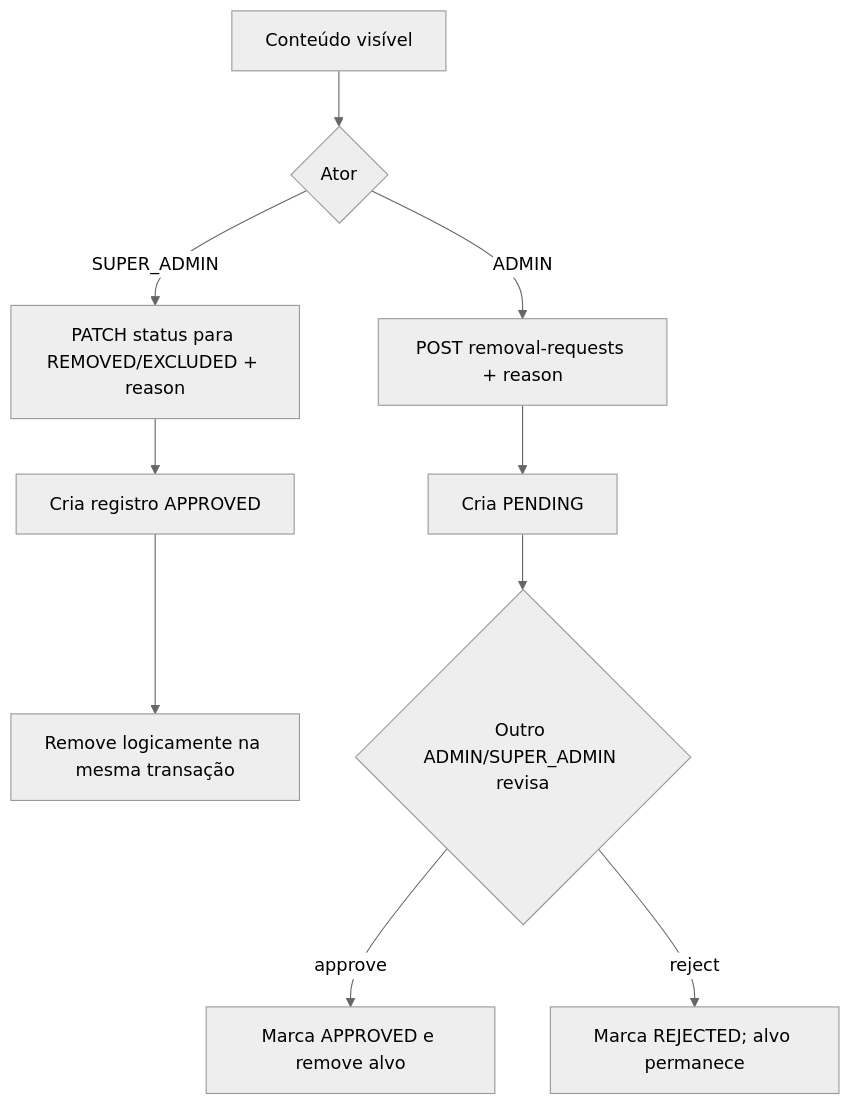
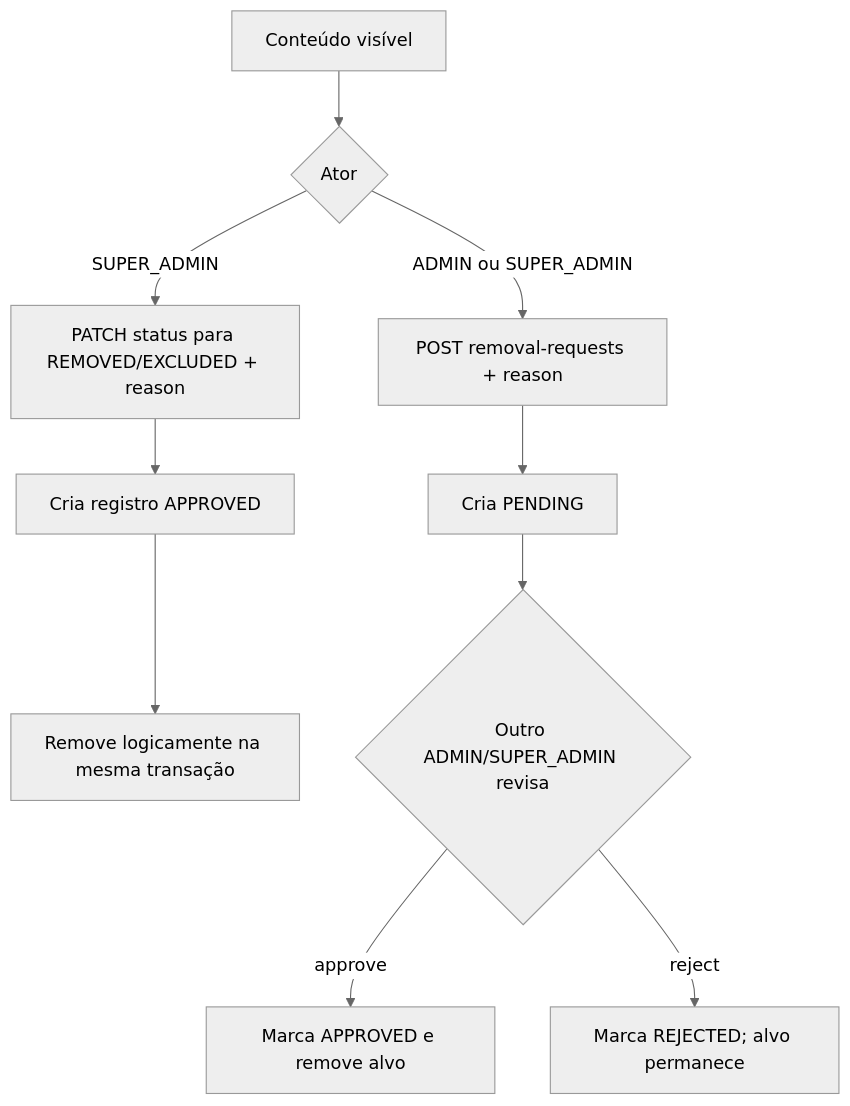
Before and after one commit to thaissacarvalho/Catalisa: the sixth of 6 diagrams in docs/flows/business-flows.md, drawn with Mermaid (neutral theme). The commit also changed other lines of this file and 18 other files, not shown here.

````diff
--- a/docs/flows/business-flows.md
+++ b/docs/flows/business-flows.md
@@ -129,13 +129,13 @@
 ```mermaid
 flowchart TD
     A[Conteúdo visível] --> B{Ator}
     B -- SUPER_ADMIN --> C[PATCH status para REMOVED/EXCLUDED + reason]
     C --> D[Cria registro APPROVED]
     D --> E[Remove logicamente na mesma transação]
 
-    B -- ADMIN --> F[POST removal-requests + reason]
+    B -- ADMIN ou SUPER_ADMIN --> F[POST removal-requests + reason]
     F --> G[Cria PENDING]
     G --> H{Outro ADMIN/SUPER_ADMIN revisa}
     H -- approve --> I[Marca APPROVED e remove alvo]
     H -- reject --> J[Marca REJECTED; alvo permanece]
 ```
````
